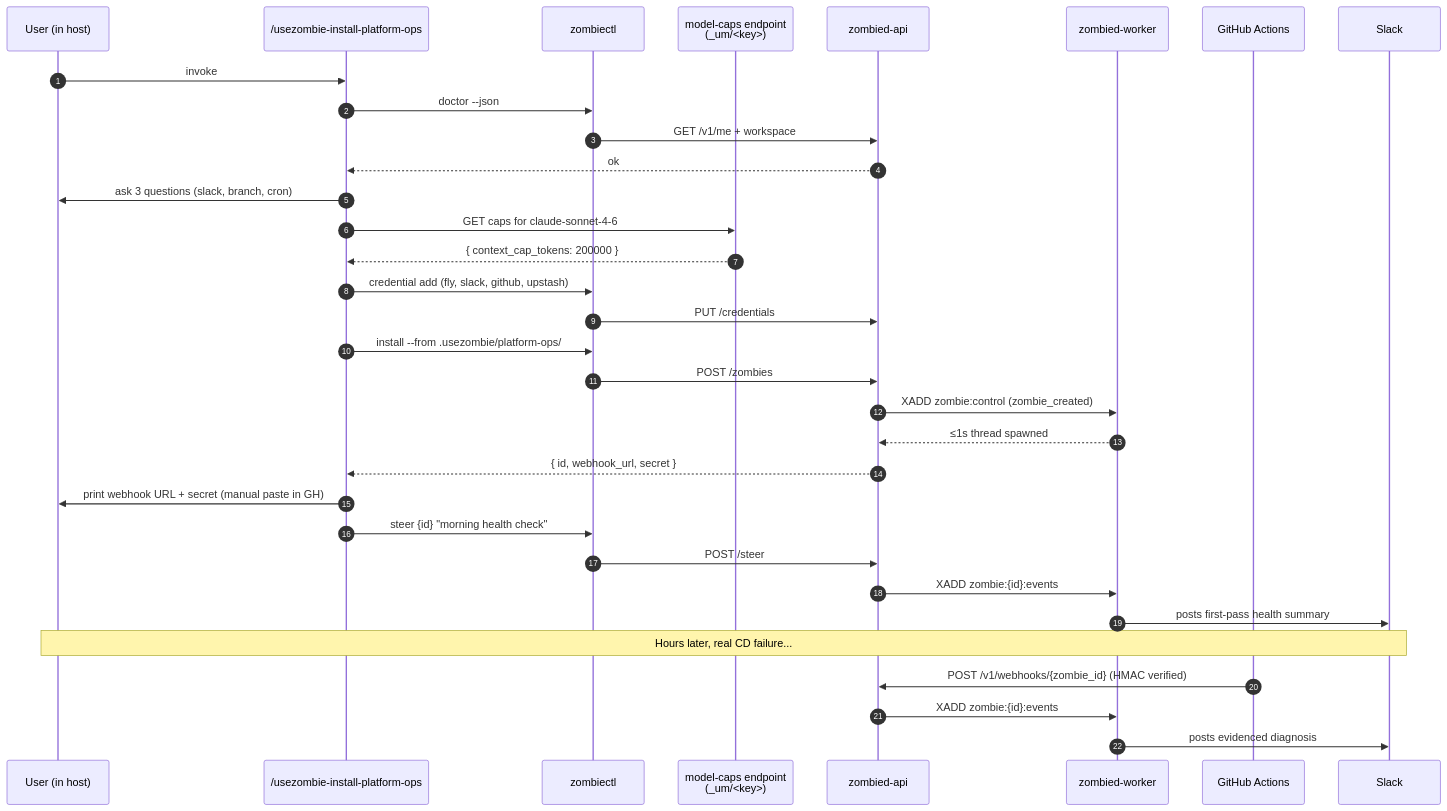
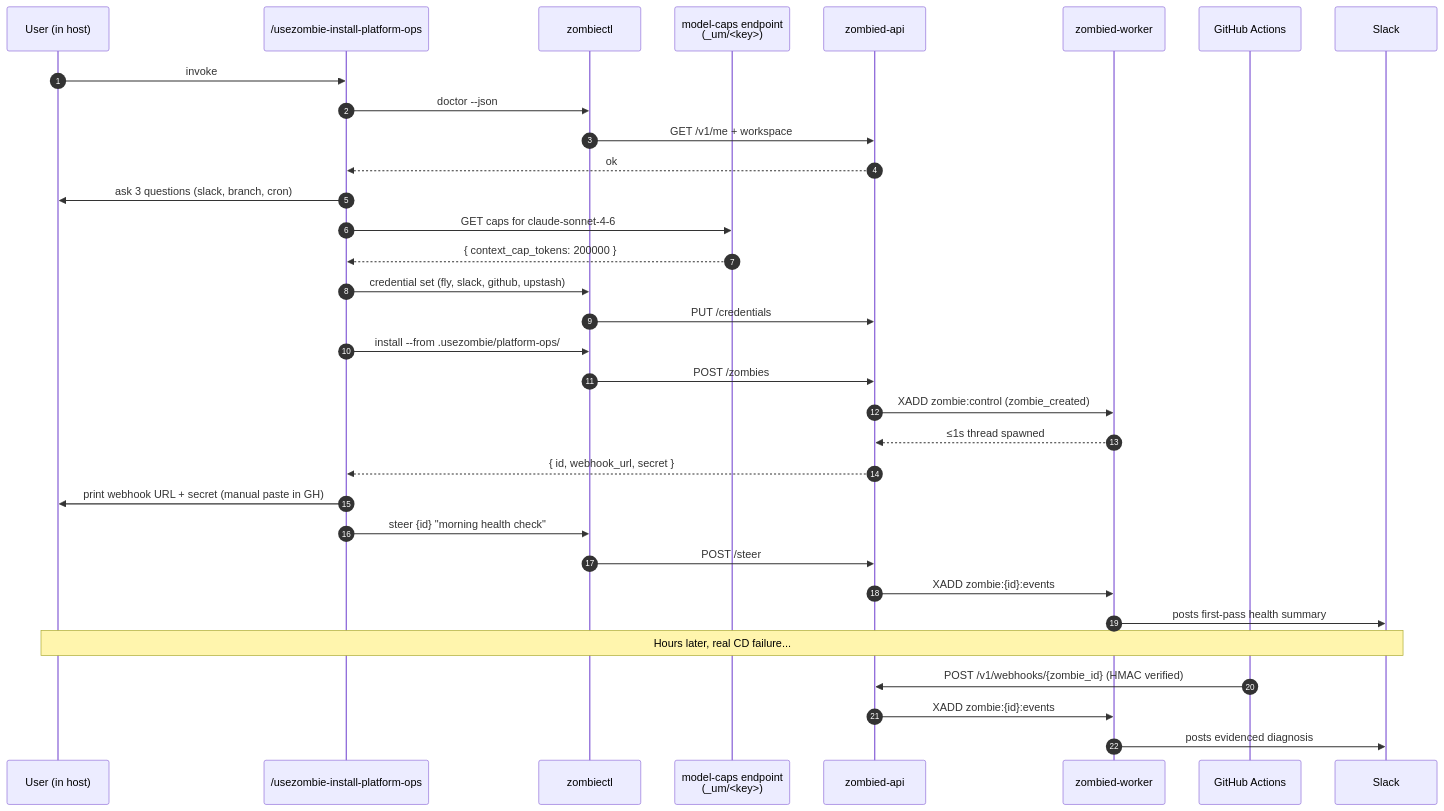
Before and after one commit to usezombie/usezombie: the diagram in docs/architecture/scenarios/01_default_install.md, drawn with Mermaid. The commit also changed other lines of this file and 3 other files, not shown here.

First line of the commit message:
docs(arch+m48): /review auto-fixes — credential set, doctor error, schema clarity

````diff
--- a/docs/architecture/scenarios/01_default_install.md
+++ b/docs/architecture/scenarios/01_default_install.md
@@ -11,36 +11,36 @@
 ```mermaid
 sequenceDiagram
     autonumber
     participant Op as User (in host)
     participant Skill as /usezombie-install-platform-ops
     participant CLI as zombiectl
     participant CapAPI as model-caps endpoint<br/>(_um/<key>)
     participant API as zombied-api
     participant Worker as zombied-worker
     participant GH as GitHub Actions
     participant Slack
 
     Op->>Skill: invoke
     Skill->>CLI: doctor --json
     CLI->>API: GET /v1/me + workspace
     API-->>Skill: ok
     Skill->>Op: ask 3 questions (slack, branch, cron)
     Skill->>CapAPI: GET caps for claude-sonnet-4-6
     CapAPI-->>Skill: { context_cap_tokens: 200000 }
-    Skill->>CLI: credential add (fly, slack, github, upstash)
+    Skill->>CLI: credential set (fly, slack, github, upstash)
     CLI->>API: PUT /credentials
     Skill->>CLI: install --from .usezombie/platform-ops/
     CLI->>API: POST /zombies
     API->>Worker: XADD zombie:control (zombie_created)
     Worker-->>API: ≤1s thread spawned
     API-->>Skill: { id, webhook_url, secret }
     Skill->>Op: print webhook URL + secret (manual paste in GH)
     Skill->>CLI: steer {id} "morning health check"
     CLI->>API: POST /steer
     API->>Worker: XADD zombie:{id}:events
     Worker->>Slack: posts first-pass health summary
     Note over Op,Slack: Hours later, real CD failure...
     GH->>API: POST /v1/webhooks/{zombie_id} (HMAC verified)
     API->>Worker: XADD zombie:{id}:events
     Worker->>Slack: posts evidenced diagnosis
 ```
````
